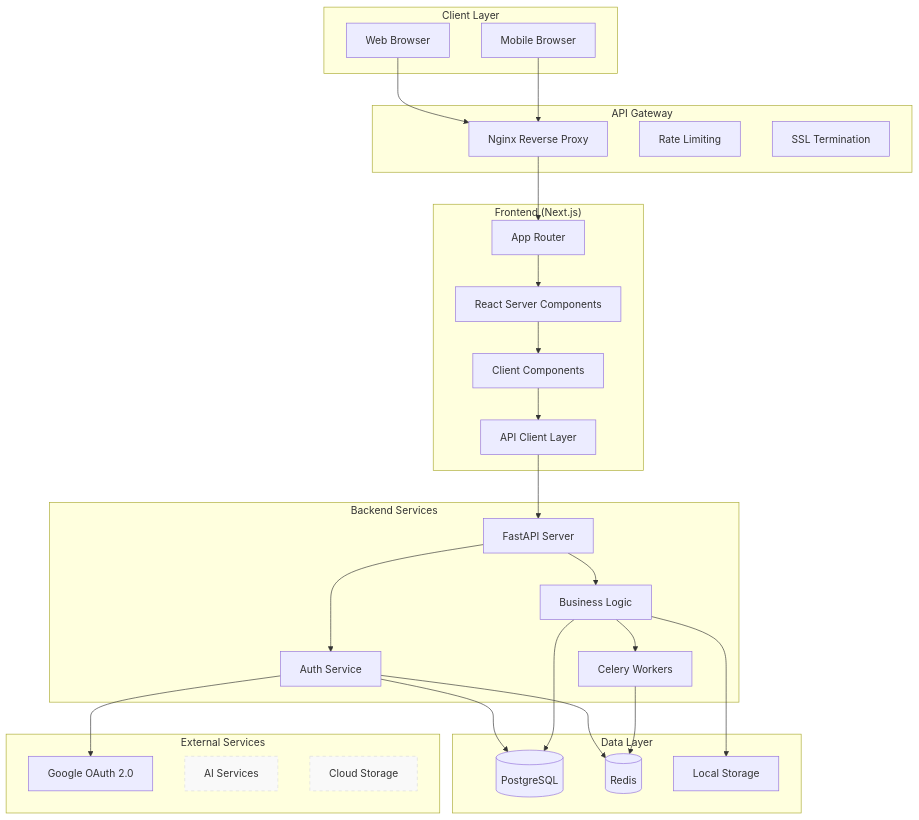
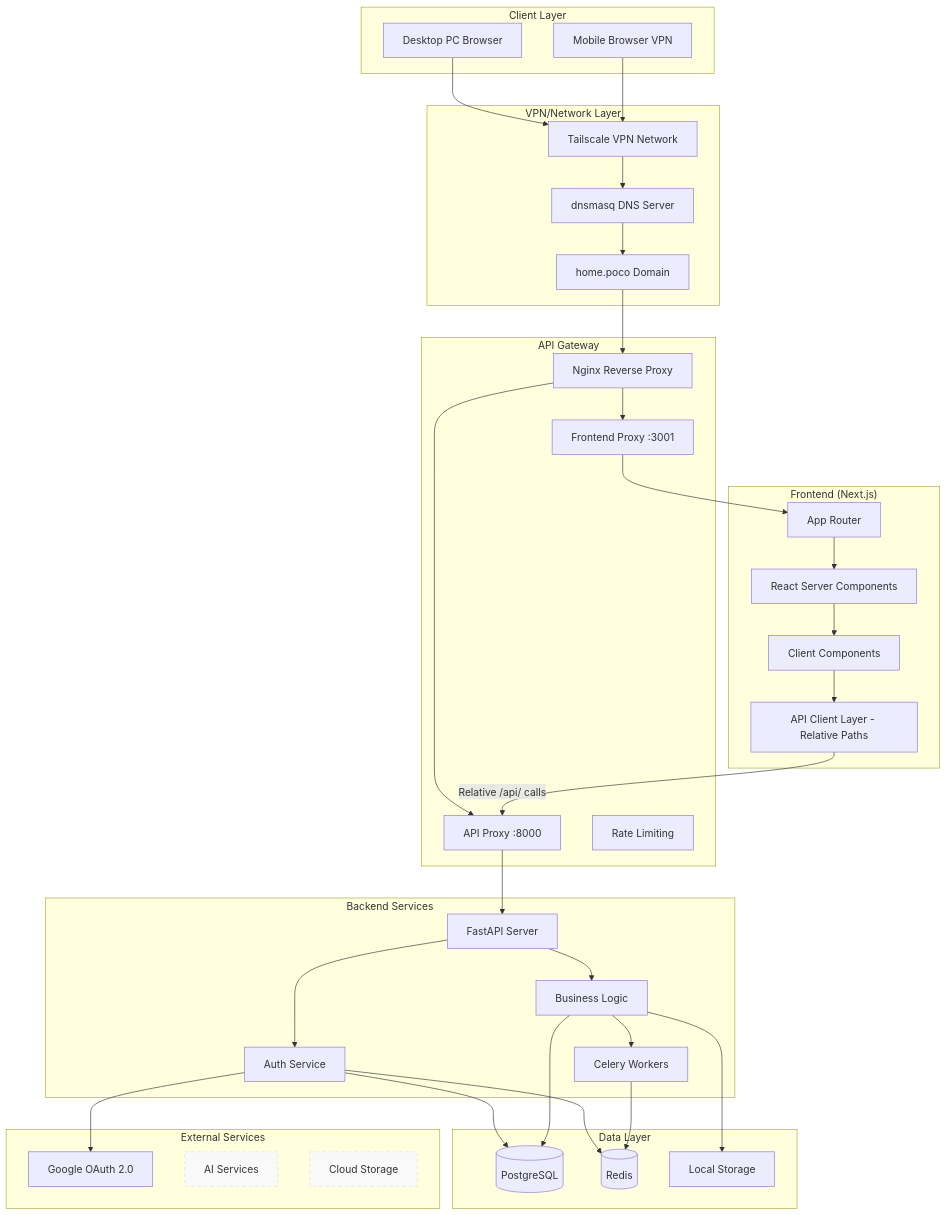
One commit to rema-rema/002--claude-test changed the diagram in spec/01_architecture_design.md. Above: the diagram before and after it, drawn with Mermaid. The commit also changed other lines of this file and 1 other file, not shown here.

First line of the commit message:
docs: 全体アーキテクチャ設計書にVPN/DNS/モバイル対応システム実装状況を反映

````diff
--- a/spec/01_architecture_design.md
+++ b/spec/01_architecture_design.md
@@ -41,62 +43,77 @@
 ```mermaid
 graph TB
+    subgraph "VPN/Network Layer"
+        TailscaleVPN[Tailscale VPN Network]
+        DNSMasq[dnsmasq DNS Server]
+        HomePocoDomain[home.poco Domain]
+    end
+    
     subgraph "Client Layer"
-        Browser[Web Browser]
-        Mobile[Mobile Browser]
+        DesktopPC[Desktop PC Browser]
+        MobileBrowser[Mobile Browser VPN]
     end
     
     subgraph "Frontend (Next.js)"
         AppRouter[App Router]
-        RSC[React Server Components]
+        RSC[React Server Components] 
         ClientComp[Client Components]
-        APIClient[API Client Layer]
+        APIClient[API Client Layer - Relative Paths]
     end
     
     subgraph "API Gateway"
         Nginx[Nginx Reverse Proxy]
+        FrontendProxy[Frontend Proxy :3001]
+        APIProxy[API Proxy :8000]
         RateLimit[Rate Limiting]
-        SSL[SSL Termination]
     end
     
     subgraph "Backend Services"
         FastAPI[FastAPI Server]
         AuthService[Auth Service]
         BusinessLogic[Business Logic]
         TaskQueue[Celery Workers]
     end
     
     subgraph "Data Layer"
         PostgreSQL[(PostgreSQL)]
         Redis[(Redis)]
         FileSystem[Local Storage]
     end
     
     subgraph "External Services"
         GoogleOAuth[Google OAuth 2.0]
         Future_AI[AI Services]
         Future_Cloud[Cloud Storage]
     end
     
-    Browser --> Nginx
-    Mobile --> Nginx
-    Nginx --> AppRouter
+    DesktopPC --> TailscaleVPN
+    MobileBrowser --> TailscaleVPN
+    TailscaleVPN --> DNSMasq
+    DNSMasq --> HomePocoDomain
+    HomePocoDomain --> Nginx
+    
+    Nginx --> FrontendProxy
+    Nginx --> APIProxy
+    FrontendProxy --> AppRouter
+    APIProxy --> FastAPI
+    
     AppRouter --> RSC
     RSC --> ClientComp
     ClientComp --> APIClient
-    APIClient --> FastAPI
+    APIClient -->|Relative /api/ calls| APIProxy
     
     FastAPI --> AuthService
     FastAPI --> BusinessLogic
     BusinessLogic --> TaskQueue
     
     AuthService --> PostgreSQL
     AuthService --> Redis
     TaskQueue --> Redis
     BusinessLogic --> PostgreSQL
     BusinessLogic --> FileSystem
     
     AuthService --> GoogleOAuth
     
     style Future_AI fill:#f9f9f9,stroke:#ddd,stroke-dasharray: 5 5
     style Future_Cloud fill:#f9f9f9,stroke:#ddd,stroke-dasharray: 5 5
 ```
````
